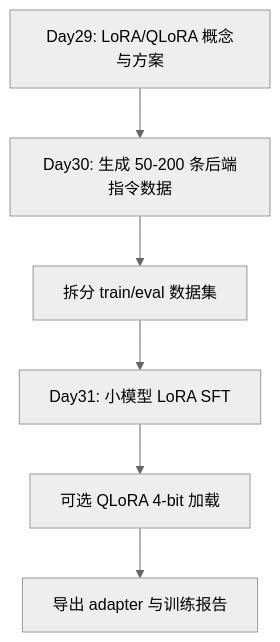
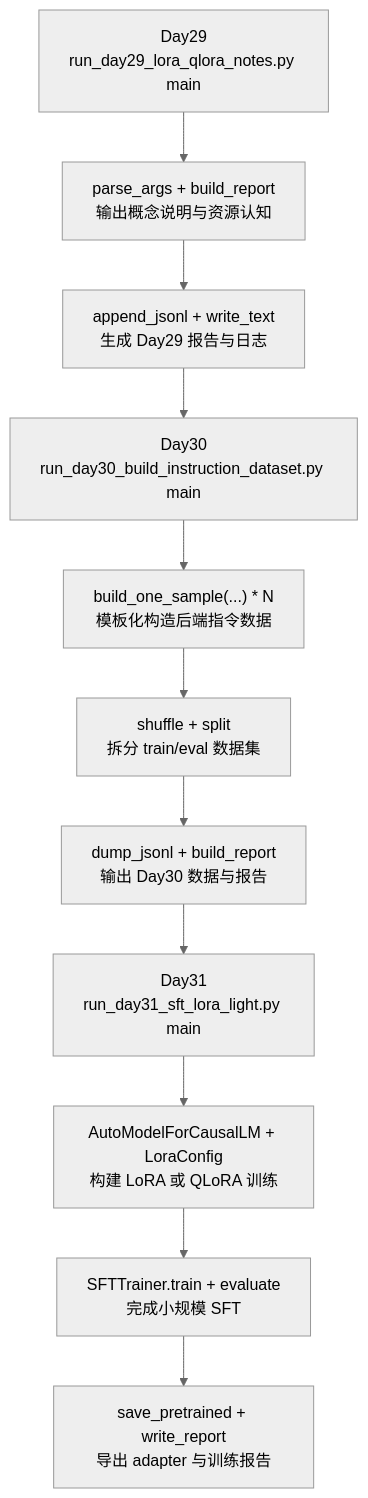
Diagram 17 of 29 in README.md (Taylor-Zhao/llm-day1), drawn with Mermaid (neutral theme) before and after one commit. The commit also changed other lines of this file and 19 other files, not shown here.

````diff
--- a/README.md
+++ b/README.md
@@ -1796,8 +1796,13 @@
 ```mermaid
 flowchart TD
-	A[Day29: LoRA/QLoRA 概念与方案] --> B[Day30: 生成 50-200 条后端指令数据]
-	B --> C[拆分 train/eval 数据集]
-	C --> D[Day31: 小模型 LoRA SFT]
-	D --> E[可选 QLoRA 4-bit 加载]
-	E --> F[导出 adapter 与训练报告]
+	A["Day29<br/>run_day29_lora_qlora_notes.py main"] --> B["parse_args + build_report<br/>输出概念说明与资源认知"]
+	B --> C["append_jsonl + write_text<br/>生成 Day29 报告与日志"]
+	C --> D["Day30<br/>run_day30_build_instruction_dataset.py main"]
+	D --> E["build_one_sample(...) * N<br/>模板化构造后端指令数据"]
+	E --> F["shuffle + split<br/>拆分 train/eval 数据集"]
+	F --> G["dump_jsonl + build_report<br/>输出 Day30 数据与报告"]
+	G --> H["Day31<br/>run_day31_sft_lora_light.py main"]
+	H --> I["AutoModelForCausalLM + LoraConfig<br/>构建 LoRA 或 QLoRA 训练"]
+	I --> J["SFTTrainer.train + evaluate<br/>完成小规模 SFT"]
+	J --> K["save_pretrained + write_report<br/>导出 adapter 与训练报告"]
 ```
````
